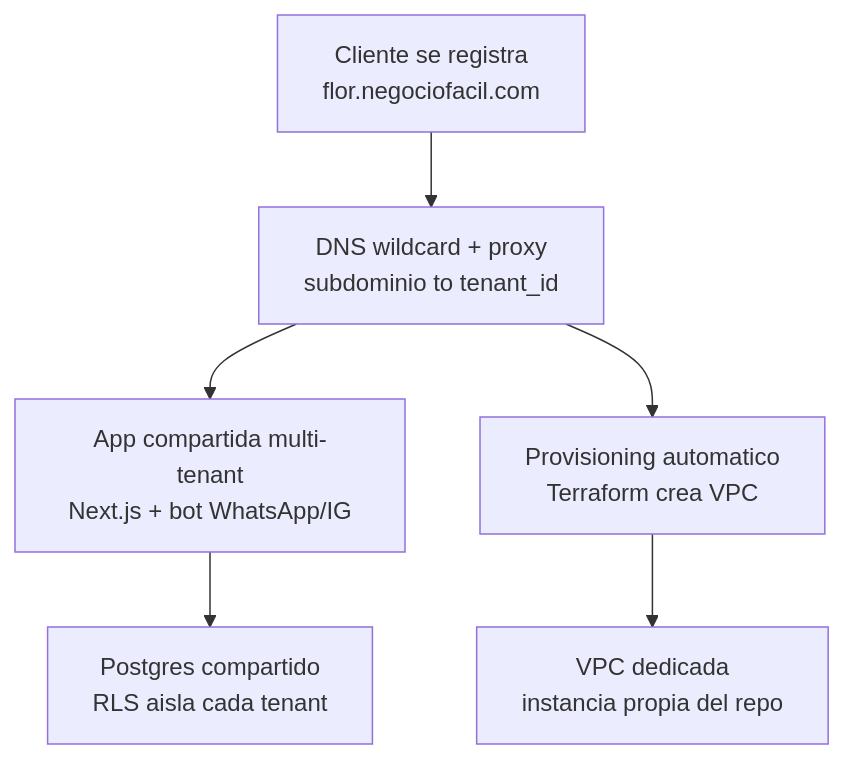
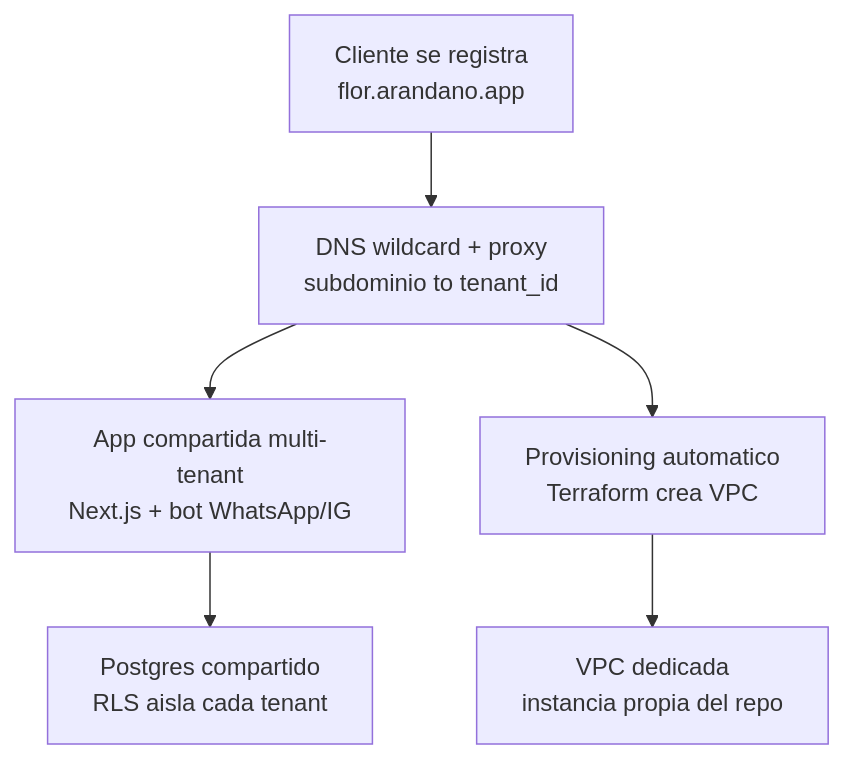
One commit to cotarelorodrigo/arandano changed the second of 2 diagrams in CLAUDE.md. Above: the diagram before and after it, drawn with Mermaid. The commit also changed other lines of this file and 3 other files, not shown here.

````diff
--- a/CLAUDE.md
+++ b/CLAUDE.md
@@ -57,8 +57,8 @@
 ```mermaid
 flowchart TD
-    A[Cliente se registra<br/>flor.negociofacil.com] --> B[DNS wildcard + proxy<br/>subdominio to tenant_id]
+    A[Cliente se registra<br/>flor.arandano.app] --> B[DNS wildcard + proxy<br/>subdominio to tenant_id]
     B --> C[App compartida multi-tenant<br/>Next.js + bot WhatsApp/IG]
     B --> D[Provisioning automatico<br/>Terraform crea VPC]
     C --> E[Postgres compartido<br/>RLS aisla cada tenant]
     D --> F[VPC dedicada<br/>instancia propia del repo]
 ```
````
